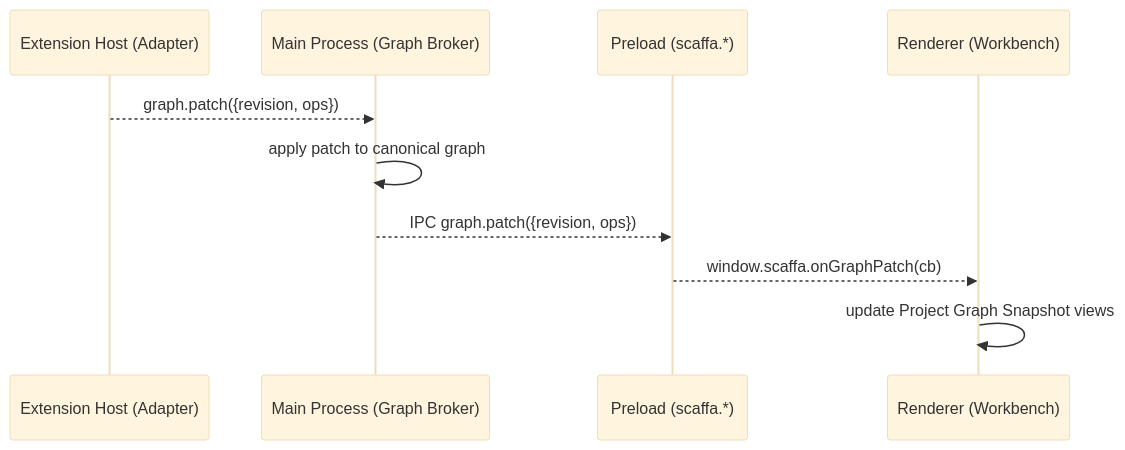
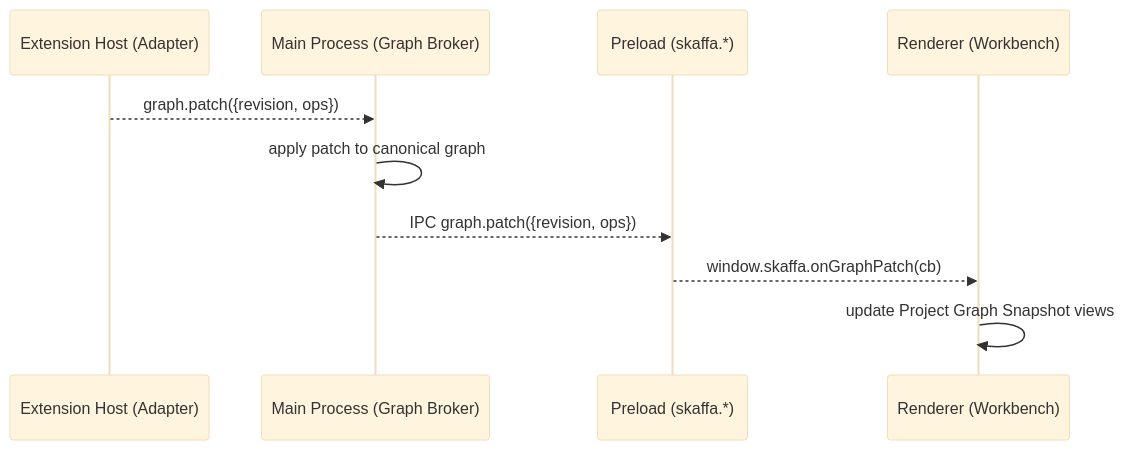
The sixth of 7 diagrams in docs/skaffa_ipc_boundaries_and_sequences.md (majtom2grndctrl/scaffa), drawn with Mermaid (base theme) before and after one commit. The commit also changed other lines of this file and 171 other files, not shown here.

Commit message:
Scaffa -> Skaffa

````diff
--- a/docs/skaffa_ipc_boundaries_and_sequences.md
+++ b/docs/skaffa_ipc_boundaries_and_sequences.md
@@ -151,13 +151,13 @@
 ```mermaid
 sequenceDiagram
   participant Ext as Extension Host (Adapter)
   participant Main as Main Process (Graph Broker)
-  participant PL as Preload (scaffa.*)
+  participant PL as Preload (skaffa.*)
   participant UI as Renderer (Workbench)
 
   Ext-->>Main: graph.patch({revision, ops})
   Main->>Main: apply patch to canonical graph
   Main-->>PL: IPC graph.patch({revision, ops})
-  PL-->>UI: window.scaffa.onGraphPatch(cb)
+  PL-->>UI: window.skaffa.onGraphPatch(cb)
   UI->>UI: update Project Graph Snapshot views
 ```
````
